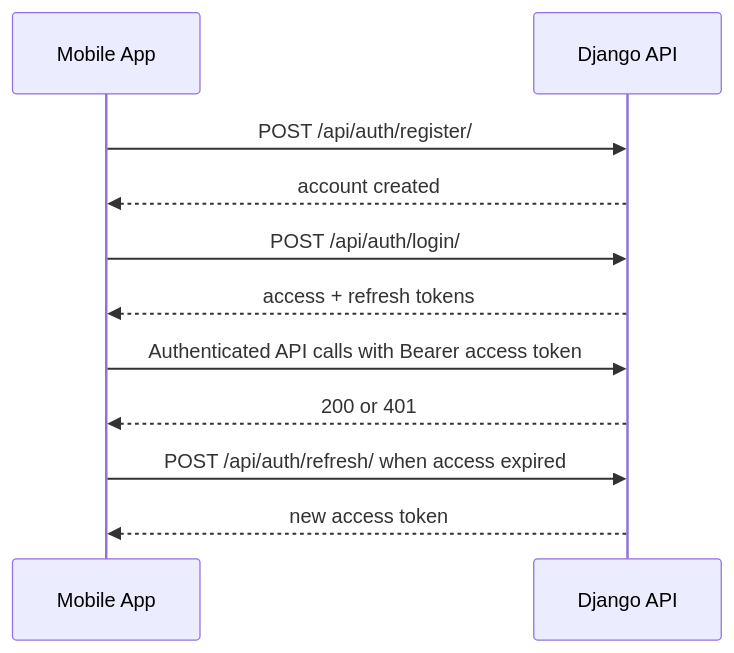
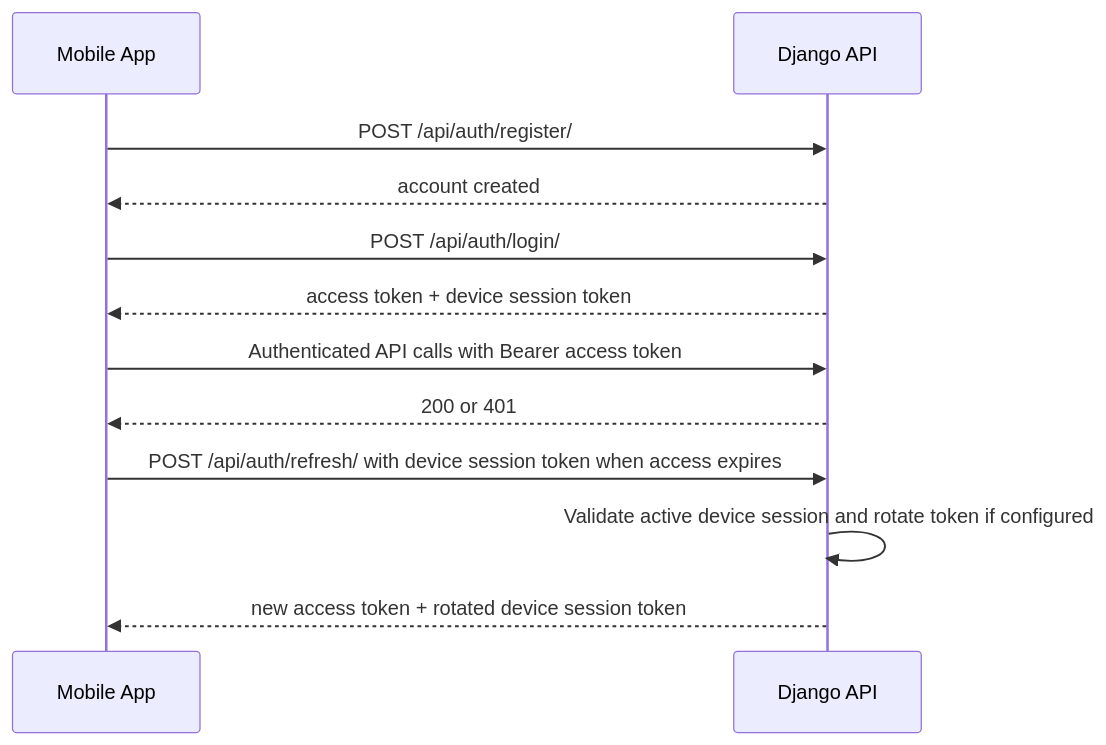
One commit to rafsun-riad/livekit-softphone changed the third of 8 diagrams in docs/ANDROID_SOFTPHONE_IMPLEMENTATION_PLAN.md. Above: the diagram before and after it, drawn with Mermaid. The commit also changed other lines of this file, not shown here.

Commit message:
updated plan for user session save

````diff
--- a/docs/ANDROID_SOFTPHONE_IMPLEMENTATION_PLAN.md
+++ b/docs/ANDROID_SOFTPHONE_IMPLEMENTATION_PLAN.md
@@ -714,13 +730,14 @@
 ```mermaid
 sequenceDiagram
     participant M as Mobile App
     participant D as Django API
     M->>D: POST /api/auth/register/
     D-->>M: account created
     M->>D: POST /api/auth/login/
-    D-->>M: access + refresh tokens
+    D-->>M: access token + device session token
     M->>D: Authenticated API calls with Bearer access token
     D-->>M: 200 or 401
-    M->>D: POST /api/auth/refresh/ when access expired
-    D-->>M: new access token
+    M->>D: POST /api/auth/refresh/ with device session token when access expires
+    D->>D: Validate active device session and rotate token if configured
+    D-->>M: new access token + rotated device session token
 ```
````
